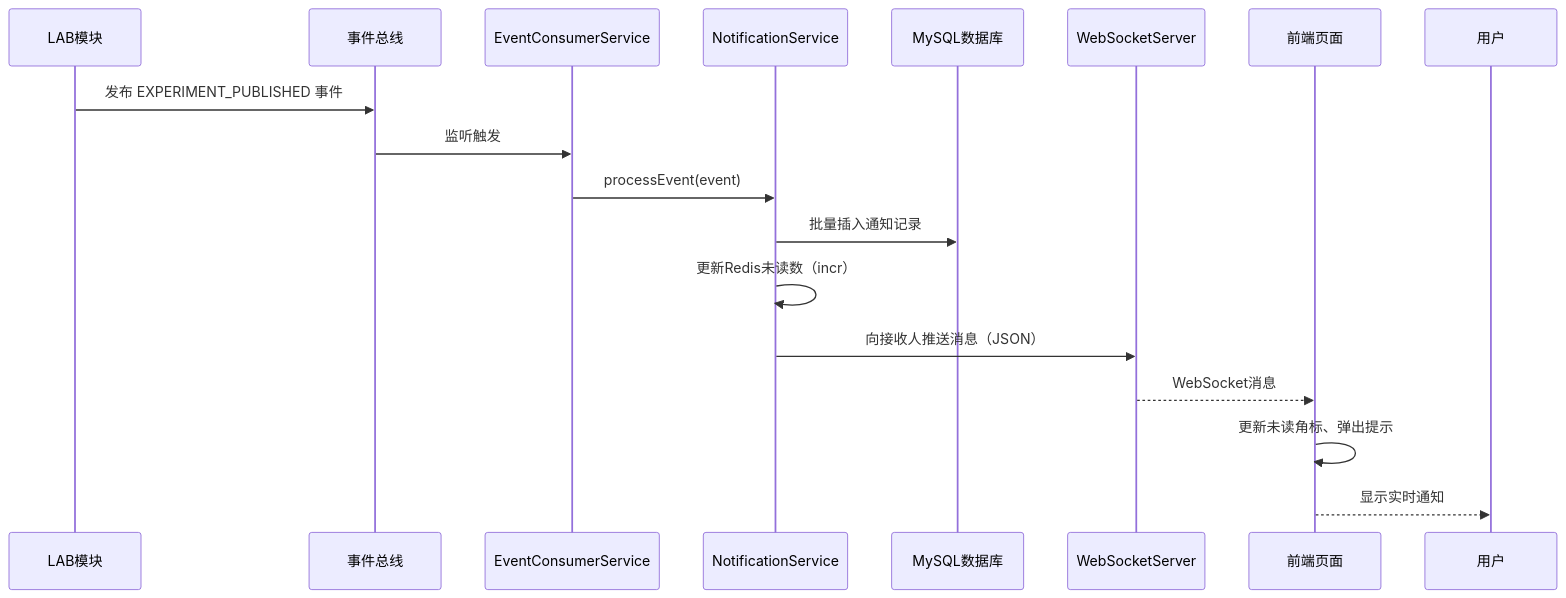
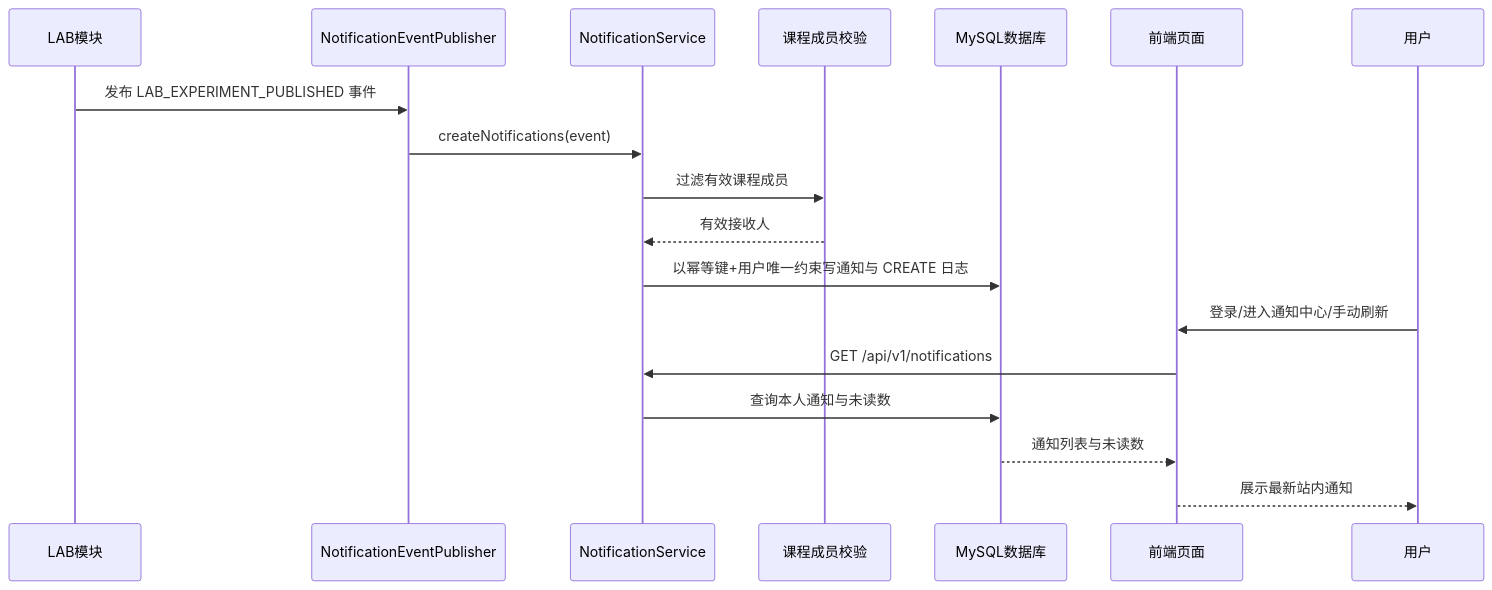
One commit to Cr4zyorange/OnlineJudge changed the second of 4 diagrams in docs/过程/详细设计/LRN-学习过程与通知提醒-详细设计提交稿.md. Above: the diagram before and after it, drawn with Mermaid. The commit also changed other lines of this file and 37 other files, not shown here.

Commit message:
docs(lrn): map UC-LRN-01 scenario diagrams

````diff
--- a/docs/过程/详细设计/LRN-学习过程与通知提醒-详细设计提交稿.md
+++ b/docs/过程/详细设计/LRN-学习过程与通知提醒-详细设计提交稿.md
@@ -315,21 +311,21 @@
 ```mermaid
 sequenceDiagram
     participant LAB as LAB模块
-    participant Event as 事件总线
-    participant EC as EventConsumerService
+    participant EP as NotificationEventPublisher
     participant NS as NotificationService
+    participant CRS as 课程成员校验
     participant DB as MySQL数据库
-    participant WS as WebSocketServer
     participant FE as 前端页面
     participant U as 用户
 
-    LAB->>Event: 发布 EXPERIMENT_PUBLISHED 事件
-    Event->>EC: 监听触发
-    EC->>NS: processEvent(event)
-    NS->>DB: 批量插入通知记录
-    NS->>NS: 更新Redis未读数（incr）
-    NS->>WS: 向接收人推送消息（JSON）
-    WS-->>FE: WebSocket消息
-    FE->>FE: 更新未读角标、弹出提示
-    FE-->>U: 显示实时通知
+    LAB->>EP: 发布 LAB_EXPERIMENT_PUBLISHED 事件
+    EP->>NS: createNotifications(event)
+    NS->>CRS: 过滤有效课程成员
+    CRS-->>NS: 有效接收人
+    NS->>DB: 以幂等键+用户唯一约束写通知与 CREATE 日志
+    U->>FE: 登录/进入通知中心/手动刷新
+    FE->>NS: GET /api/v1/notifications
+    NS->>DB: 查询本人通知与未读数
+    DB-->>FE: 通知列表与未读数
+    FE-->>U: 展示最新站内通知
 ```
````
